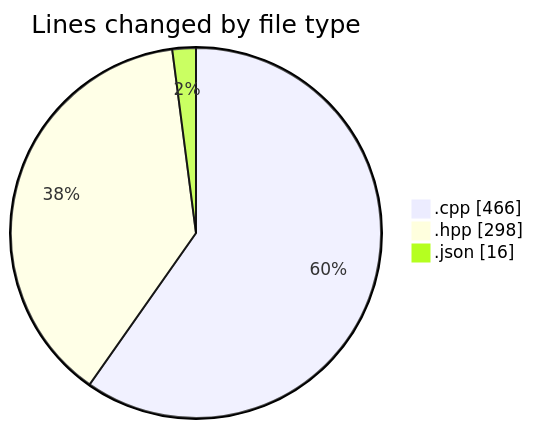
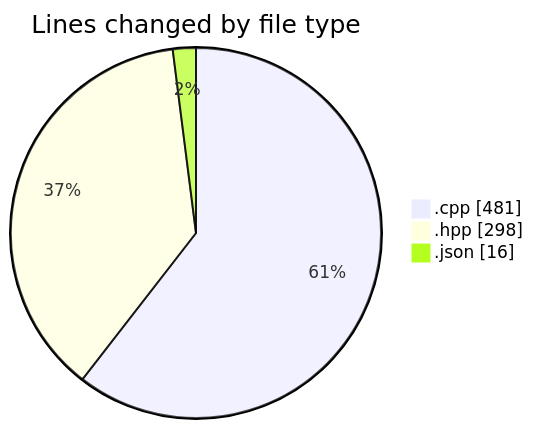
The first of 2 diagrams in 2025-04-25/echo/README.md (Netris89/code-tracking), drawn with Mermaid before and after one commit. The commit also changed other lines of this file and 1 other file, not shown here.

````diff
--- a/2025-04-25/echo/README.md
+++ b/2025-04-25/echo/README.md
@@ -23,7 +23,7 @@
 ```mermaid
 pie showData
 title Lines changed by file type
-".cpp" : 466
+".cpp" : 481
 ".hpp" : 298
 ".json" : 16
 ```
````
